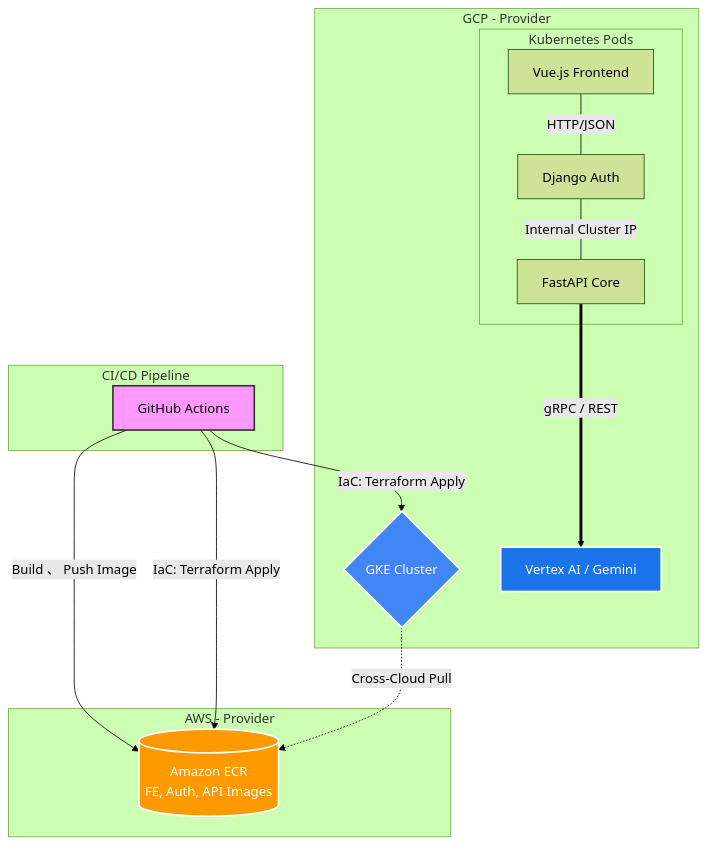
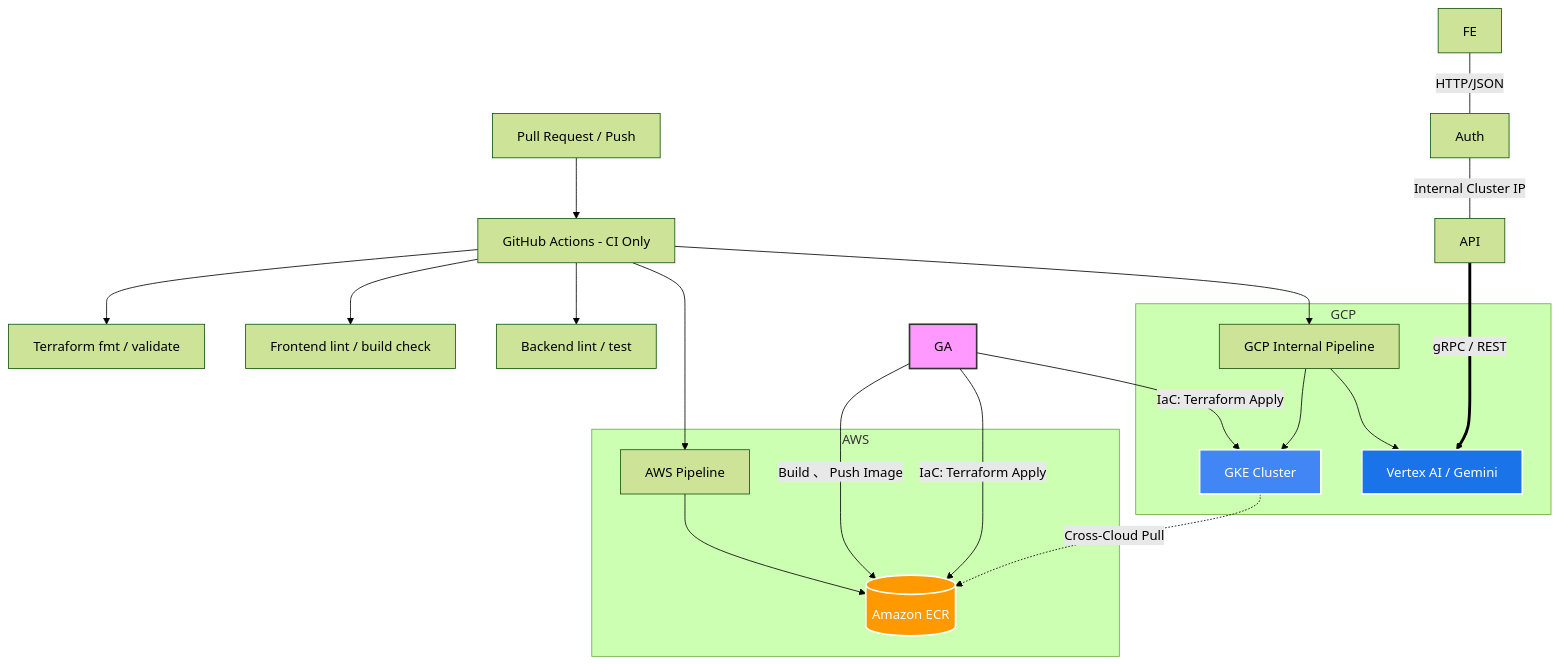
One commit to towfd/microservice-tf-provisioning changed the diagram in README.md. Above: the diagram before and after it, drawn with Mermaid (forest theme).

Commit message:
docs(architecture): update CI/CD workflow diagram

````diff
--- a/README.md
+++ b/README.md
@@ -49,38 +49,37 @@
 ```mermaid
 graph TD
-    subgraph GitHub_Actions [CI/CD Pipeline]
-        GA[GitHub Actions]
+    PR[Pull Request / Push] --> GHA[GitHub Actions - CI Only]
+
+    GHA --> TFCheck[Terraform fmt / validate]
+    GHA --> FECheck[Frontend lint / build check]
+    GHA --> BECheck[Backend lint / test]
+
+    GHA --> AWSPipe[AWS Pipeline]
+    GHA --> GCPPipe[GCP Internal Pipeline]
+
+    subgraph AWS_Cloud [AWS]
+        AWSPipe --> ECR[(Amazon ECR)]
     end
 
-    subgraph AWS_Cloud [AWS - Provider]
-        ECR[(Amazon ECR <br> FE, Auth, API Images)]
-    end
-
-    subgraph GCP_Cloud [GCP - Provider]
-        GKE{GKE Cluster}
-        VA[Vertex AI / Gemini]
-        
-        subgraph Microservices [Kubernetes Pods]
-            FE[Vue.js Frontend]
-            Auth[Django Auth]
-            API[FastAPI Core]
-        end
+    subgraph GCP_Cloud [GCP]
+        GCPPipe --> GKE[GKE Cluster]
+        GCPPipe --> VA[Vertex AI / Gemini]
     end
 
     %% 流程線
     GA -->|Build 、 Push Image| ECR
     GA -->|IaC: Terraform Apply| GKE
     GA -->|IaC: Terraform Apply| ECR
     GKE -.->|Cross-Cloud Pull| ECR
     API ===>|gRPC / REST| VA
     
     %% 服務間通信
     FE ---|HTTP/JSON| Auth
     Auth ---|Internal Cluster IP| API
 
     %% 樣式美化
     style GA fill:#f9f,stroke:#333,stroke-width:2px
     style ECR fill:#FF9900,stroke:#fff,stroke-width:2px,color:#fff
     style GKE fill:#4285F4,stroke:#fff,stroke-width:2px,color:#fff
     style VA fill:#1a73e8,stroke:#fff,stroke-width:2px,color:#fff
 ```
````
